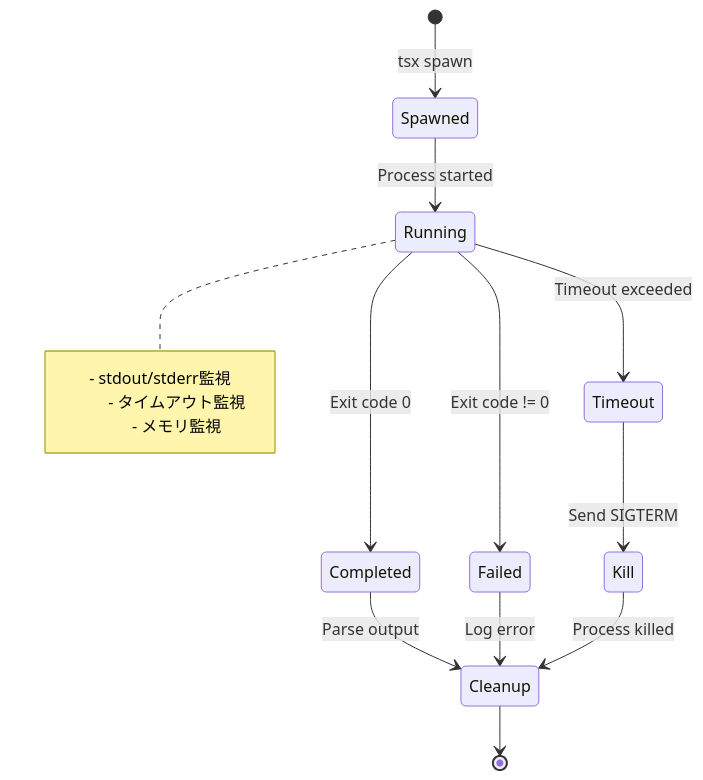
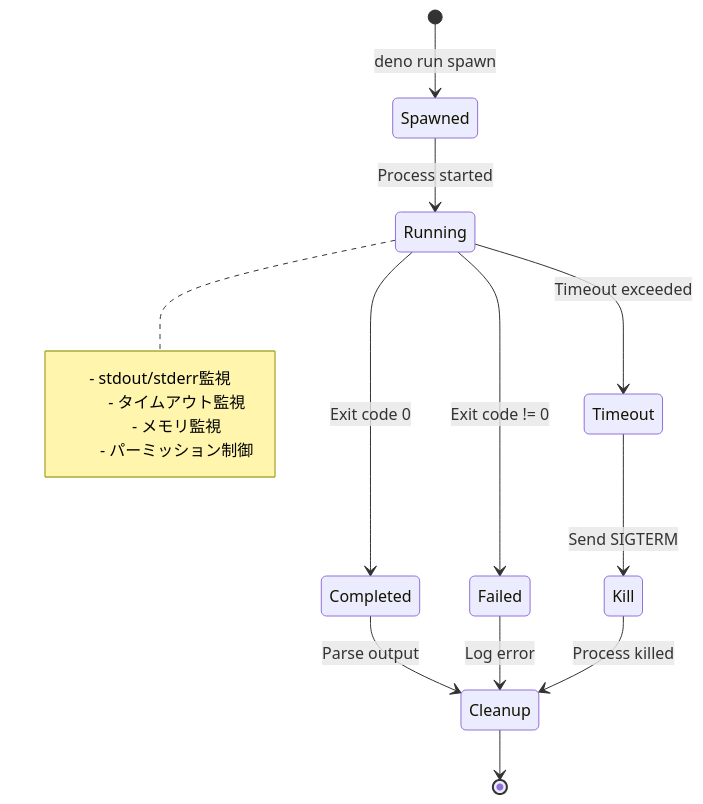
The diagram in specs/CodeExecution.md (khirotaka/restexec), drawn with Mermaid before and after one commit. The commit also changed 3 other files, not shown here.

````diff
--- a/specs/CodeExecution.md
+++ b/specs/CodeExecution.md
@@ -39,22 +39,23 @@
 ```mermaid
 stateDiagram-v2
-    [*] --> Spawned: tsx spawn
+    [*] --> Spawned: deno run spawn
     Spawned --> Running: Process started
-    
+
     Running --> Completed: Exit code 0
     Running --> Failed: Exit code != 0
     Running --> Timeout: Timeout exceeded
-    
+
     Completed --> Cleanup: Parse output
     Failed --> Cleanup: Log error
     Timeout --> Kill: Send SIGTERM
-    
+
     Kill --> Cleanup: Process killed
     Cleanup --> [*]
-    
+
     note right of Running
         - stdout/stderr監視
         - タイムアウト監視
         - メモリ監視
+        - パーミッション制御
     end note
 ```
````
